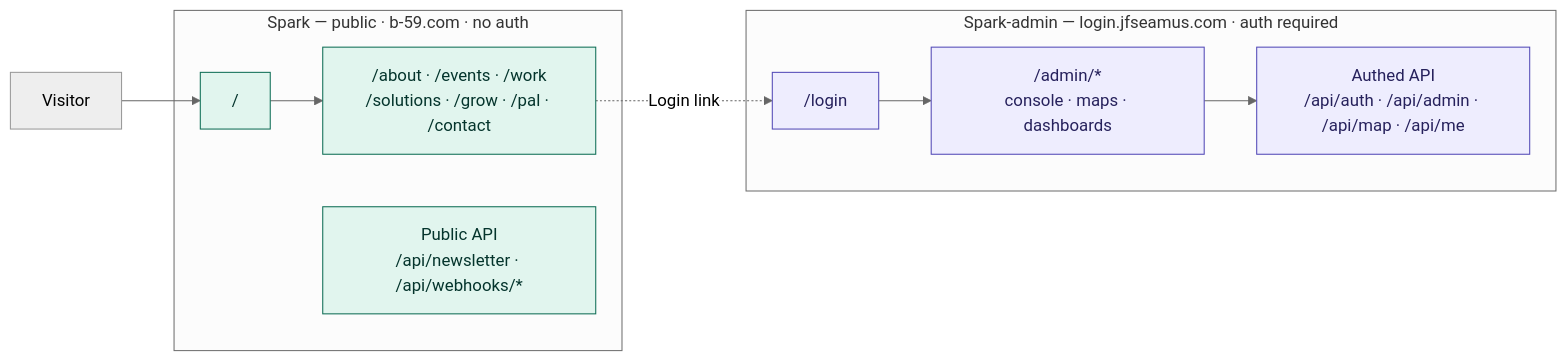
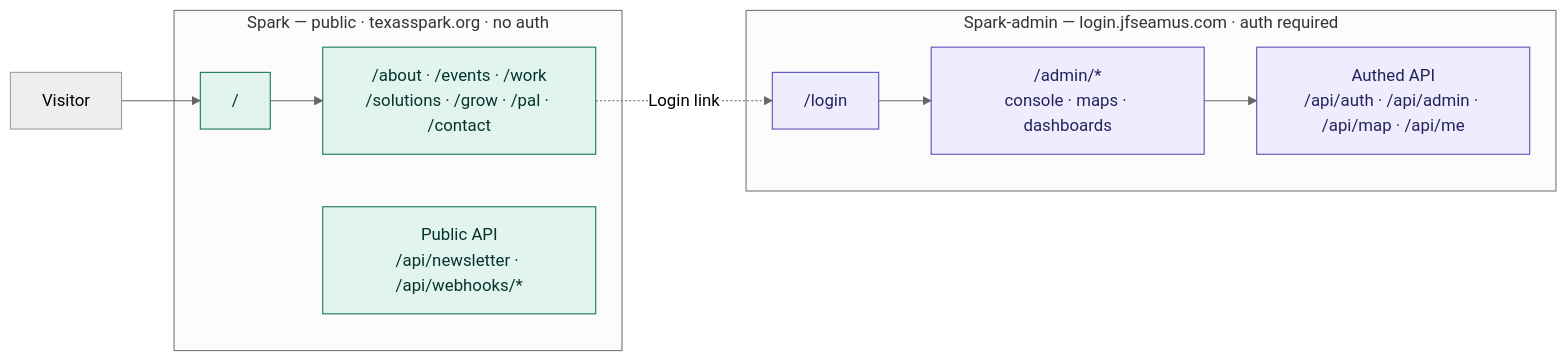
One commit to b59-studio/spark changed the diagram in docs/sitemap.md. Above: the diagram before and after it, drawn with Mermaid (neutral theme). The commit also changed other lines of this file, not shown here.

Commit message:
docs: fix stale b-59.com reference in sitemap doc
Public Spark domain is texasspark.org per the jfseamus.com -> texasspark.org
migration (2026-07-03); the doc still had a pre-migration placeholder.

````diff
--- a/docs/sitemap.md
+++ b/docs/sitemap.md
@@ -14,27 +14,27 @@
 ```mermaid
 graph LR
     visitor[Visitor]
 
-    subgraph spark["Spark — public · b-59.com · no auth"]
+    subgraph spark["Spark — public · texasspark.org · no auth"]
         home["/"]
         marketing["/about · /events · /work<br/>/solutions · /grow · /pal · /contact"]
         papi["Public API<br/>/api/newsletter · /api/webhooks/*"]
     end
 
     subgraph admin["Spark-admin — login.jfseamus.com · auth required"]
         login["/login"]
         console["/admin/*<br/>console · maps · dashboards"]
         aapi["Authed API<br/>/api/auth · /api/admin · /api/map · /api/me"]
     end
 
     visitor --> home
     home --> marketing
     marketing -.->|Login link| login
     login --> console
     console --> aapi
 
     classDef pub fill:#E1F5EE,stroke:#0F6E56,color:#04342C;
     classDef sec fill:#EEEDFE,stroke:#534AB7,color:#26215C;
     class home,marketing,papi pub;
     class login,console,aapi sec;
 ```
````
